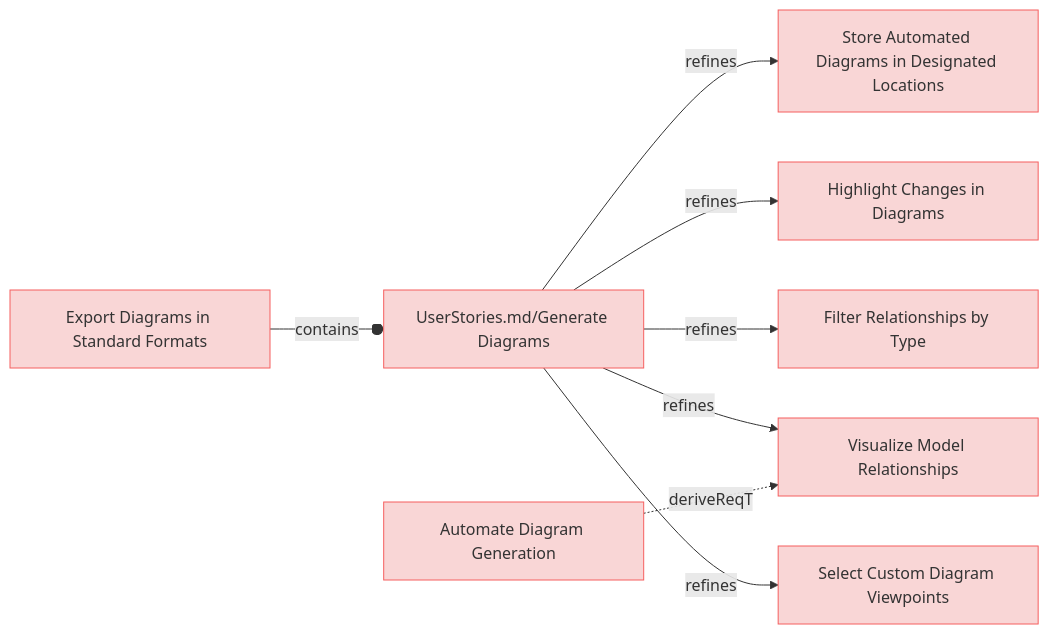
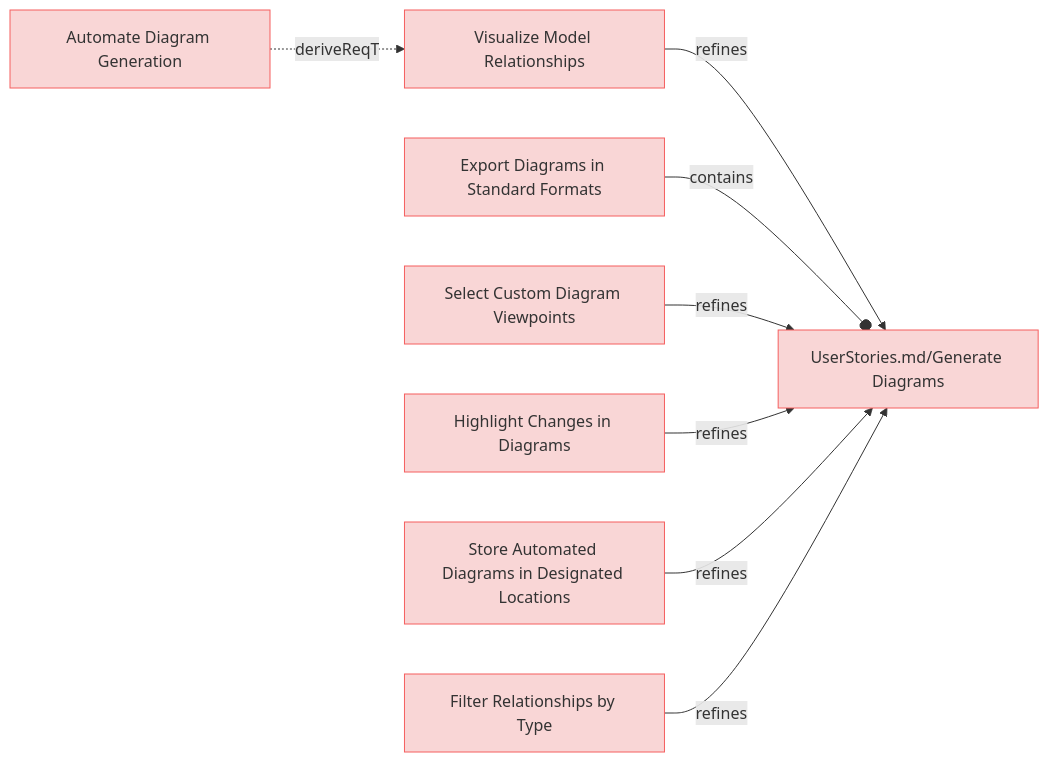
Before and after one commit to reqvire-org/reqvire: the first of 9 diagrams in specifications/UserRequirements.md, drawn with Mermaid. The commit also changed other lines of this file and 22 other files, not shown here.

````diff
--- a/specifications/UserRequirements.md
+++ b/specifications/UserRequirements.md
@@ -4,40 +4,40 @@
 ```mermaid
 graph LR;
   %% Graph styling
   classDef requirement fill:#f9d6d6,stroke:#f55f5f,stroke-width:1px;
   classDef verification fill:#d6f9d6,stroke:#5fd75f,stroke-width:1px;
   classDef externalLink fill:#d0e0ff,stroke:#3080ff,stroke-width:1px;
   classDef default fill:#f5f5f5,stroke:#333333,stroke-width:1px;
 
-  89097c1311055b72["Store Automated Diagrams in Designated Locations"];
-  click 89097c1311055b72 "https://github.com/Reqvire/reqvire/blob/667635d4628fed400323f7df3689af2dbc2ad666/specifications/UserRequirements.md#store-automated-diagrams-in-designated-locations";
-  class 89097c1311055b72 requirement;
+  eed0b020b6ddeae1["Visualize Model Relationships"];
+  click eed0b020b6ddeae1 "https://github.com/Reqvire/reqvire/blob/ad88ba6b828e94c93382866fefd058c011c1ac60/specifications/UserRequirements.md#visualize-model-relationships";
+  class eed0b020b6ddeae1 requirement;
   694c4bb24b10f0c7["UserStories.md/Generate Diagrams"];
   class 694c4bb24b10f0c7 requirement;
-  click 694c4bb24b10f0c7 "https://github.com/Reqvire/reqvire/blob/667635d4628fed400323f7df3689af2dbc2ad666/specifications/UserStories.md#generate-diagrams";
-  694c4bb24b10f0c7 -->|refines| 89097c1311055b72;
+  click 694c4bb24b10f0c7 "https://github.com/Reqvire/reqvire/blob/ad88ba6b828e94c93382866fefd058c011c1ac60/specifications/UserStories.md#generate-diagrams";
+  eed0b020b6ddeae1 -->|refines| 694c4bb24b10f0c7;
   a0274ca0625d8493["Export Diagrams in Standard Formats"];
-  click a0274ca0625d8493 "https://github.com/Reqvire/reqvire/blob/667635d4628fed400323f7df3689af2dbc2ad666/specifications/UserRequirements.md#export-diagrams-in-standard-formats";
+  click a0274ca0625d8493 "https://github.com/Reqvire/reqvire/blob/ad88ba6b828e94c93382866fefd058c011c1ac60/specifications/UserRequirements.md#export-diagrams-in-standard-formats";
   class a0274ca0625d8493 requirement;
   a0274ca0625d8493 --o|contains| 694c4bb24b10f0c7;
+  aa6a73dcebdfbc0d["Select Custom Diagram Viewpoints"];
+  click aa6a73dcebdfbc0d "https://github.com/Reqvire/reqvire/blob/ad88ba6b828e94c93382866fefd058c011c1ac60/specifications/UserRequirements.md#select-custom-diagram-viewpoints";
+  class aa6a73dcebdfbc0d requirement;
+  aa6a73dcebdfbc0d -->|refines| 694c4bb24b10f0c7;
   ac914f743d73674e["Highlight Changes in Diagrams"];
-  click ac914f743d73674e "https://github.com/Reqvire/reqvire/blob/667635d4628fed400323f7df3689af2dbc2ad666/specifications/UserRequirements.md#highlight-changes-in-diagrams";
+  click ac914f743d73674e "https://github.com/Reqvire/reqvire/blob/ad88ba6b828e94c93382866fefd058c011c1ac60/specifications/UserRequirements.md#highlight-changes-in-diagrams";
   class ac914f743d73674e requirement;
-  694c4bb24b10f0c7 -->|refines| ac914f743d73674e;
-  66e9d8186acafd13["Filter Relationships by Type"];
-  click 66e9d8186acafd13 "https://github.com/Reqvire/reqvire/blob/667635d4628fed400323f7df3689af2dbc2ad666/specifications/UserRequirements.md#filter-relationships-by-type";
-  class 66e9d8186acafd13 requirement;
-  694c4bb24b10f0c7 -->|refines| 66e9d8186acafd13;
-  eed0b020b6ddeae1["Visualize Model Relationships"];
-  click eed0b020b6ddeae1 "https://github.com/Reqvire/reqvire/blob/667635d4628fed400323f7df3689af2dbc2ad666/specifications/UserRequirements.md#visualize-model-relationships";
-  class eed0b020b6ddeae1 requirement;
-  694c4bb24b10f0c7 -->|refines| eed0b020b6ddeae1;
+  ac914f743d73674e -->|refines| 694c4bb24b10f0c7;
+  89097c1311055b72["Store Automated Diagrams in Designated Locations"];
+  click 89097c1311055b72 "https://github.com/Reqvire/reqvire/blob/ad88ba6b828e94c93382866fefd058c011c1ac60/specifications/UserRequirements.md#store-automated-diagrams-in-designated-locations";
+  class 89097c1311055b72 requirement;
+  89097c1311055b72 -->|refines| 694c4bb24b10f0c7;
   c522cf4c404bdc24["Automate Diagram Generation"];
-  click c522cf4c404bdc24 "https://github.com/Reqvire/reqvire/blob/667635d4628fed400323f7df3689af2dbc2ad666/specifications/UserRequirements.md#automate-diagram-generation";
+  click c522cf4c404bdc24 "https://github.com/Reqvire/reqvire/blob/ad88ba6b828e94c93382866fefd058c011c1ac60/specifications/UserRequirements.md#automate-diagram-generation";
   class c522cf4c404bdc24 requirement;
   c522cf4c404bdc24 -.->|deriveReqT| eed0b020b6ddeae1;
-  aa6a73dcebdfbc0d["Select Custom Diagram Viewpoints"];
-  click aa6a73dcebdfbc0d "https://github.com/Reqvire/reqvire/blob/667635d4628fed400323f7df3689af2dbc2ad666/specifications/UserRequirements.md#select-custom-diagram-viewpoints";
-  class aa6a73dcebdfbc0d requirement;
-  694c4bb24b10f0c7 -->|refines| aa6a73dcebdfbc0d;
+  66e9d8186acafd13["Filter Relationships by Type"];
+  click 66e9d8186acafd13 "https://github.com/Reqvire/reqvire/blob/ad88ba6b828e94c93382866fefd058c011c1ac60/specifications/UserRequirements.md#filter-relationships-by-type";
+  class 66e9d8186acafd13 requirement;
+  66e9d8186acafd13 -->|refines| 694c4bb24b10f0c7;
 ```
````
